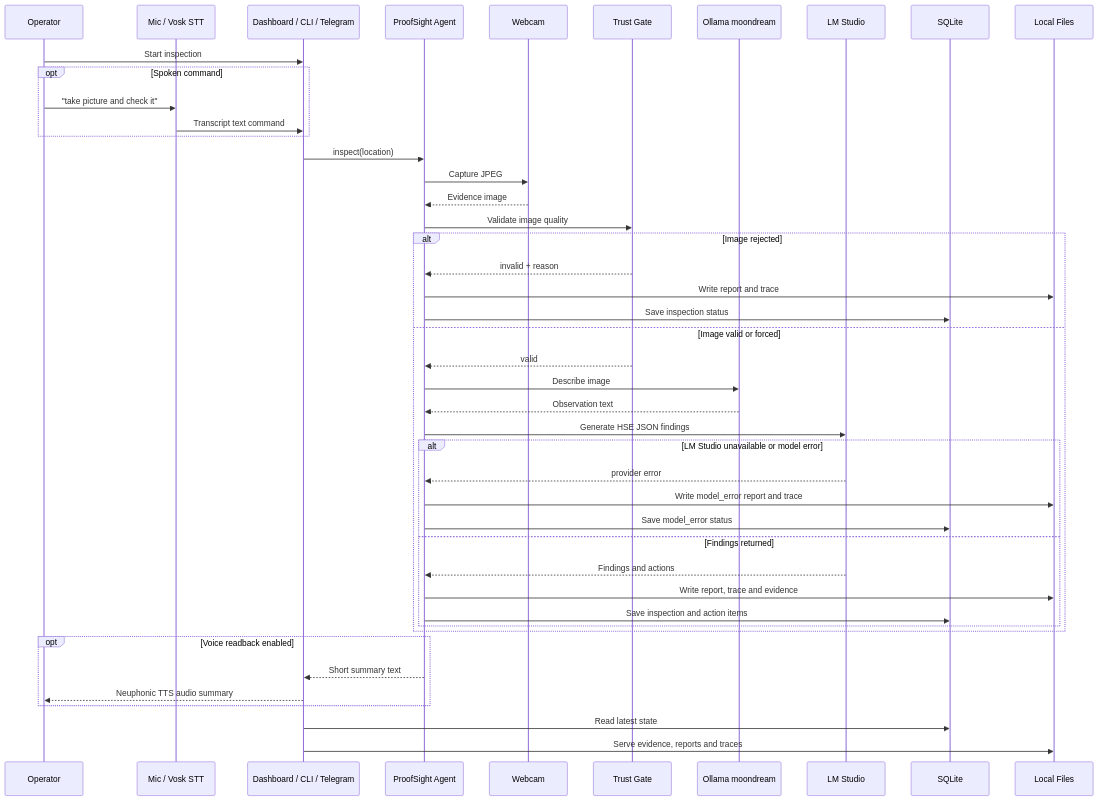
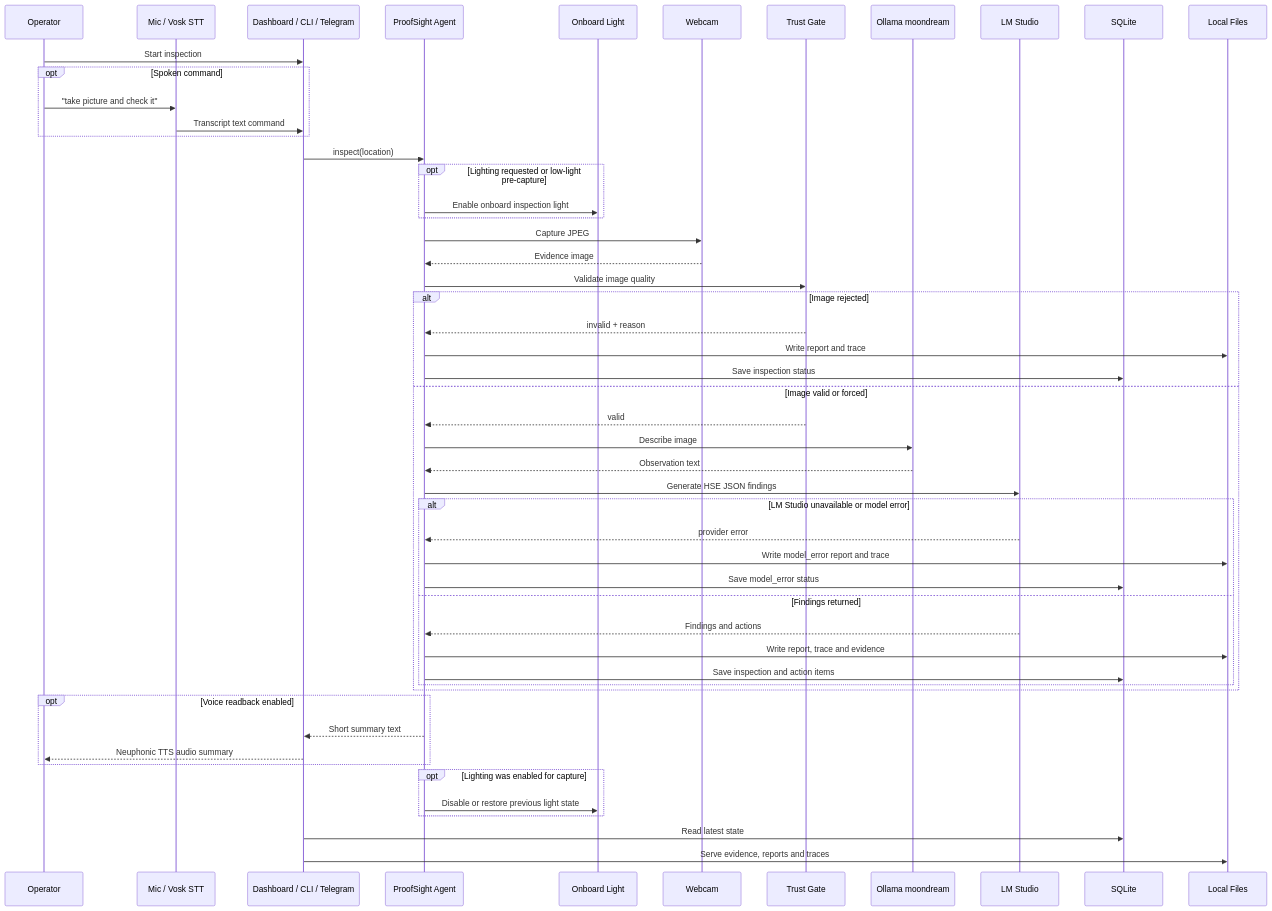
One commit to MasteraSnackin/ProofSight changed the second of 2 diagrams in ARCHITECTURE.md. Above: the diagram before and after it, drawn with Mermaid. The commit also changed other lines of this file and 1 other file, not shown here.

Commit message:
docs: document ProofSight onboard lighting commands

````diff
--- a/ARCHITECTURE.md
+++ b/ARCHITECTURE.md
@@ -279,48 +298,55 @@
 ```mermaid
 sequenceDiagram
   participant User as Operator
   participant Voice as Mic / Vosk STT
   participant UI as Dashboard / CLI / Telegram
   participant Agent as ProofSight Agent
+  participant Light as Onboard Light
   participant Cam as Webcam
   participant Gate as Trust Gate
   participant VLM as Ollama moondream
   participant LLM as LM Studio
   participant DB as SQLite
   participant FS as Local Files
 
   User->>UI: Start inspection
   opt Spoken command
     User->>Voice: "take picture and check it"
     Voice->>UI: Transcript text command
   end
   UI->>Agent: inspect(location)
+  opt Lighting requested or low-light pre-capture
+    Agent->>Light: Enable onboard inspection light
+  end
   Agent->>Cam: Capture JPEG
   Cam-->>Agent: Evidence image
   Agent->>Gate: Validate image quality
   alt Image rejected
     Gate-->>Agent: invalid + reason
     Agent->>FS: Write report and trace
     Agent->>DB: Save inspection status
   else Image valid or forced
     Gate-->>Agent: valid
     Agent->>VLM: Describe image
     VLM-->>Agent: Observation text
     Agent->>LLM: Generate HSE JSON findings
     alt LM Studio unavailable or model error
       LLM-->>Agent: provider error
       Agent->>FS: Write model_error report and trace
       Agent->>DB: Save model_error status
     else Findings returned
       LLM-->>Agent: Findings and actions
       Agent->>FS: Write report, trace and evidence
       Agent->>DB: Save inspection and action items
     end
   end
   opt Voice readback enabled
     Agent-->>UI: Short summary text
     UI-->>User: Neuphonic TTS audio summary
   end
+  opt Lighting was enabled for capture
+    Agent->>Light: Disable or restore previous light state
+  end
   UI->>DB: Read latest state
   UI->>FS: Serve evidence, reports and traces
 ```
````
